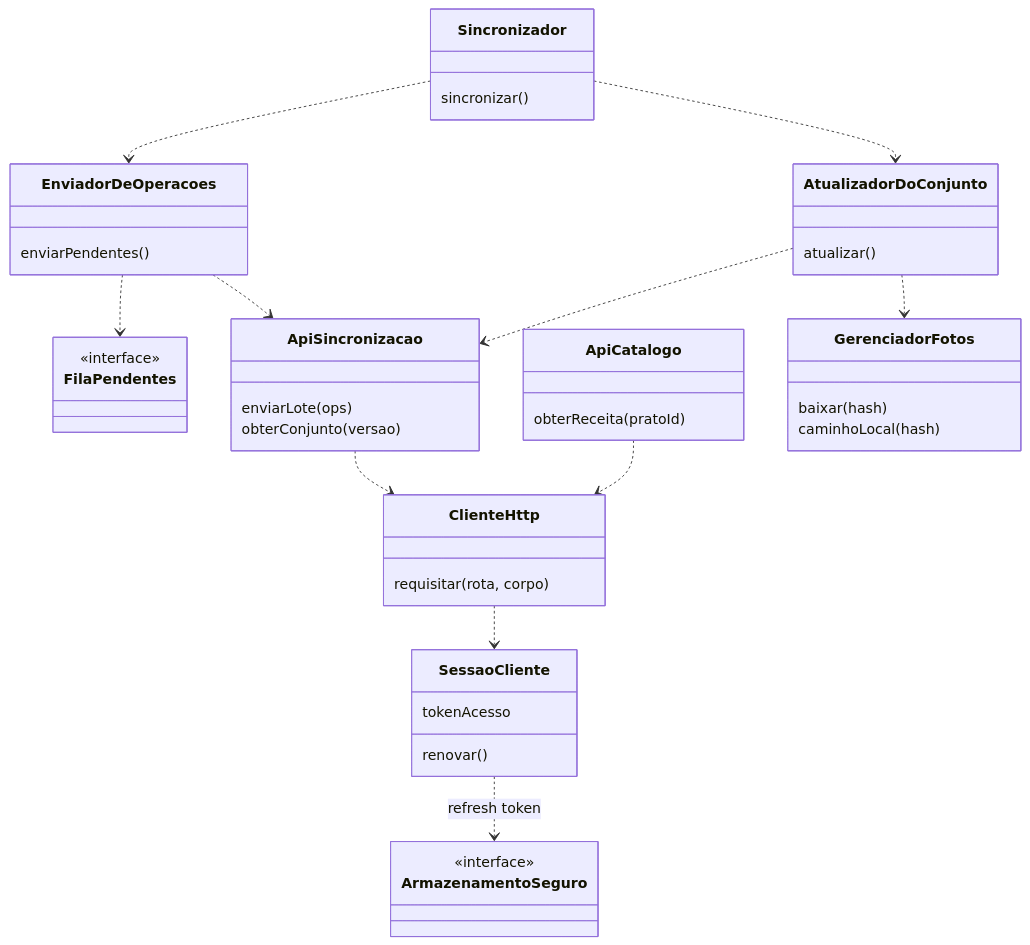
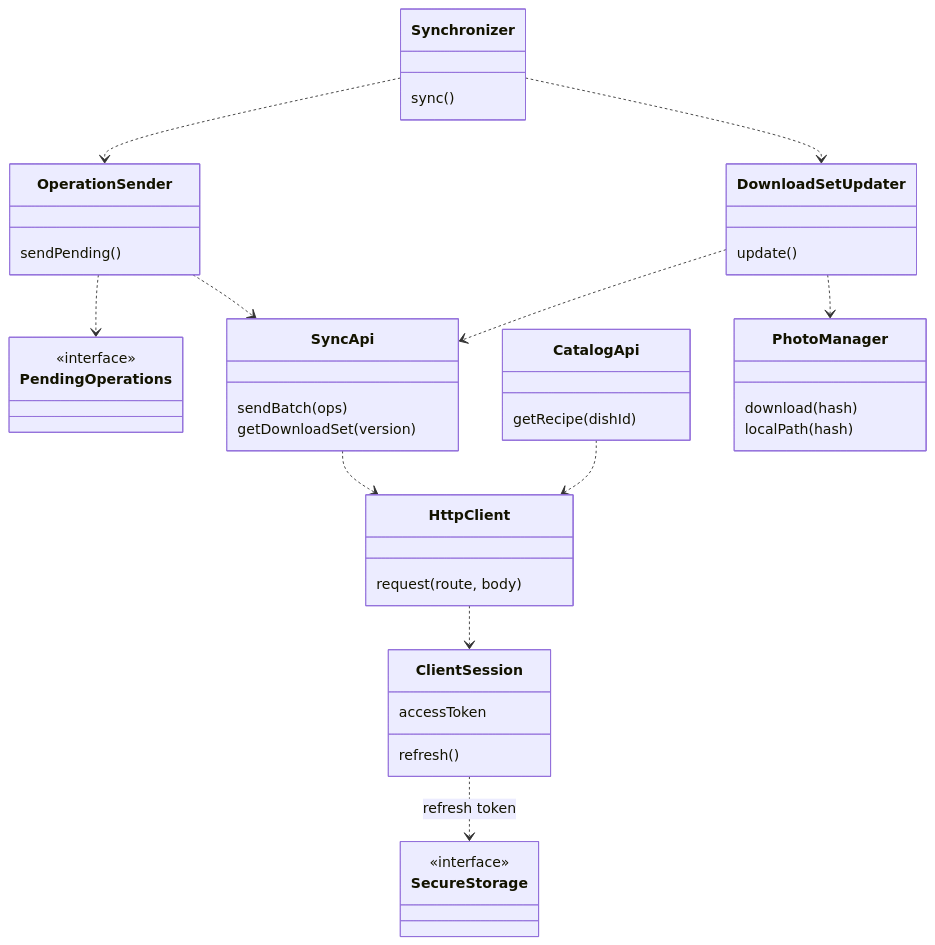
The ninth of 11 diagrams in docs/fase2/2.6-diagramas_fluxos_contratos/diagrama-classes.md (AnnyFilgueiras/projeto_tsi), drawn with Mermaid before and after one commit. The commit also changed other lines of this file and 4 other files, not shown here.

Commit message:
docs: update class diagram and sequences to v1.1 (English identifiers, Tx)

````diff
--- a/docs/fase2/2.6-diagramas_fluxos_contratos/diagrama-classes.md
+++ b/docs/fase2/2.6-diagramas_fluxos_contratos/diagrama-classes.md
@@ -525,46 +543,46 @@
 ```mermaid
 classDiagram
-  class Sincronizador {
-    sincronizar()
+  class Synchronizer {
+    sync()
   }
-  class EnviadorDeOperacoes {
-    enviarPendentes()
+  class OperationSender {
+    sendPending()
   }
-  class AtualizadorDoConjunto {
-    atualizar()
+  class DownloadSetUpdater {
+    update()
   }
-  class FilaPendentes {
+  class PendingOperations {
     <<interface>>
   }
-  class ClienteHttp {
-    requisitar(rota, corpo)
+  class HttpClient {
+    request(route, body)
   }
-  class ApiSincronizacao {
-    enviarLote(ops)
-    obterConjunto(versao)
+  class SyncApi {
+    sendBatch(ops)
+    getDownloadSet(version)
   }
-  class ApiCatalogo {
-    obterReceita(pratoId)
+  class CatalogApi {
+    getRecipe(dishId)
   }
-  class SessaoCliente {
-    tokenAcesso
-    renovar()
+  class ClientSession {
+    accessToken
+    refresh()
   }
-  class GerenciadorFotos {
-    baixar(hash)
-    caminhoLocal(hash)
+  class PhotoManager {
+    download(hash)
+    localPath(hash)
   }
-  class ArmazenamentoSeguro {
+  class SecureStorage {
     <<interface>>
   }
-  Sincronizador ..> EnviadorDeOperacoes
-  Sincronizador ..> AtualizadorDoConjunto
-  EnviadorDeOperacoes ..> FilaPendentes
-  EnviadorDeOperacoes ..> ApiSincronizacao
-  AtualizadorDoConjunto ..> ApiSincronizacao
-  AtualizadorDoConjunto ..> GerenciadorFotos
-  ApiSincronizacao ..> ClienteHttp
-  ApiCatalogo ..> ClienteHttp
-  ClienteHttp ..> SessaoCliente
-  SessaoCliente ..> ArmazenamentoSeguro : refresh token
+  Synchronizer ..> OperationSender
+  Synchronizer ..> DownloadSetUpdater
+  OperationSender ..> PendingOperations
+  OperationSender ..> SyncApi
+  DownloadSetUpdater ..> SyncApi
+  DownloadSetUpdater ..> PhotoManager
+  SyncApi ..> HttpClient
+  CatalogApi ..> HttpClient
+  HttpClient ..> ClientSession
+  ClientSession ..> SecureStorage : refresh token
 ```
````
